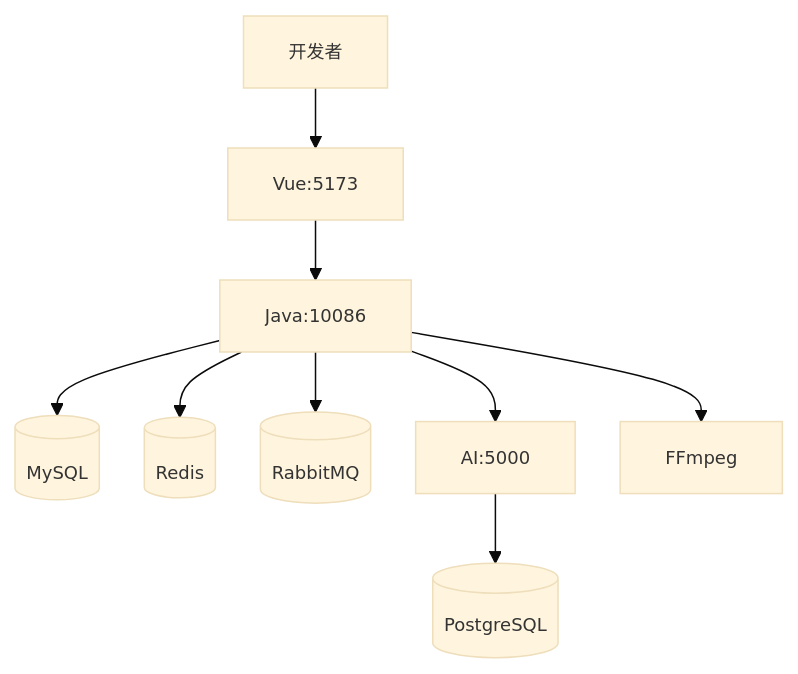
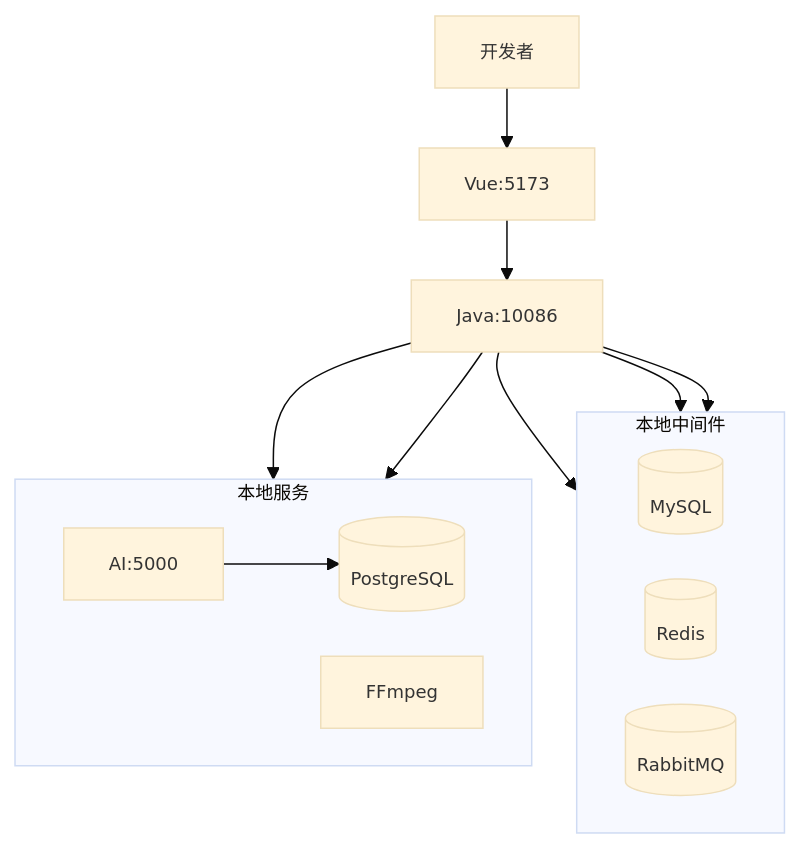
Before and after one commit to pluchon/mengmeng_forum: diagram 18 of 23 in README.md, drawn with Mermaid. The commit also changed other lines of this file, not shown here.

Commit message:
docs: 调整 README 图表布局

````diff
--- a/README.md
+++ b/README.md
@@ -567,12 +578,25 @@
 ```mermaid
 %%{init: {'theme':'base', 'themeVariables': {'fontSize':'12px'}, 'flowchart': {'nodeSpacing': 30, 'rankSpacing': 40}}}%%
 flowchart TD
   Dev[开发者] --> FE[Vue:5173]
   FE --> BE[Java:10086]
-  BE --> M[(MySQL)]
-  BE --> R[(Redis)]
-  BE --> Q[(RabbitMQ)]
-  BE --> AI[AI:5000]
-  BE --> FF[FFmpeg]
-  AI --> PG[(PostgreSQL)]
+
+  subgraph Middleware[本地中间件]
+    direction LR
+    M[(MySQL)]
+    R[(Redis)]
+    Q[(RabbitMQ)]
+  end
+
+  subgraph LocalServices[本地服务]
+    direction LR
+    AI[AI:5000] --> PG[(PostgreSQL)]
+    FF[FFmpeg]
+  end
+
+  BE --> M
+  BE --> R
+  BE --> Q
+  BE --> AI
+  BE --> FF
 ```
````
